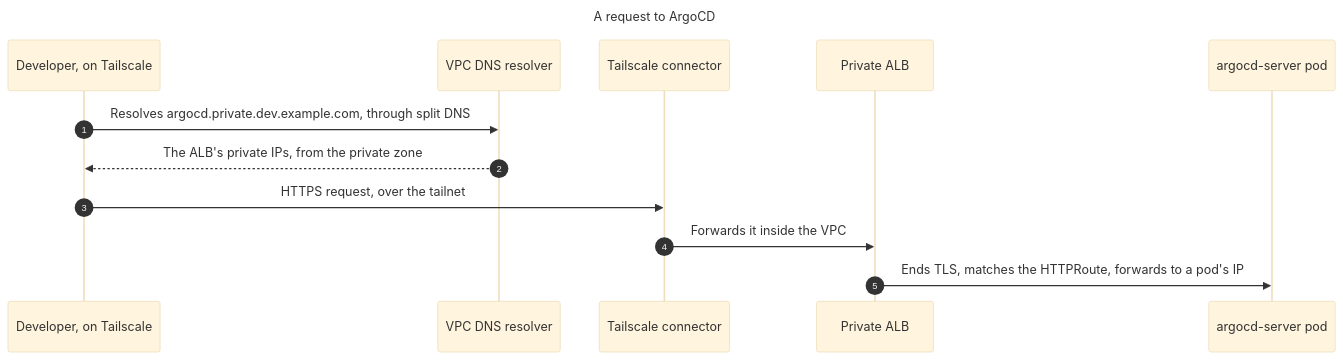
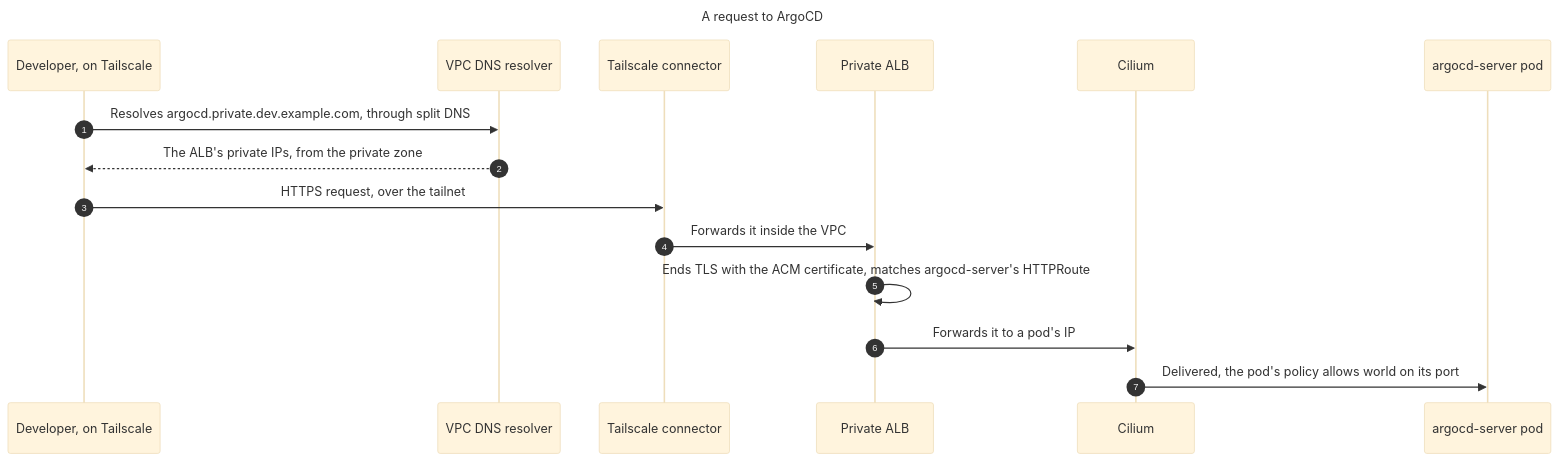
The fifth of 5 diagrams in site/docs/networking/how-ingress-works.md (ConsciousML/eks-forge), drawn with Mermaid (base theme) before and after one commit. The commit also changed other lines of this file, not shown here.

````diff
--- a/site/docs/networking/how-ingress-works.md
+++ b/site/docs/networking/how-ingress-works.md
@@ -153,17 +164,20 @@
 ```mermaid
 ---
 title: A request to ArgoCD
 ---
 sequenceDiagram
     autonumber
     participant dev as Developer, on Tailscale
     participant resolver as VPC DNS resolver
     participant conn as Tailscale connector
     participant alb as Private ALB
+    participant cilium as Cilium
     participant pod as argocd-server pod
     dev->>resolver: Resolves argocd.private.dev.example.com, through split DNS
     resolver-->>dev: The ALB's private IPs, from the private zone
     dev->>conn: HTTPS request, over the tailnet
     conn->>alb: Forwards it inside the VPC
-    alb->>pod: Ends TLS, matches the HTTPRoute, forwards to a pod's IP
+    alb->>alb: Ends TLS with the ACM certificate, matches argocd-server's HTTPRoute
+    alb->>cilium: Forwards it to a pod's IP
+    cilium->>pod: Delivered, the pod's policy allows world on its port
 ```
````
